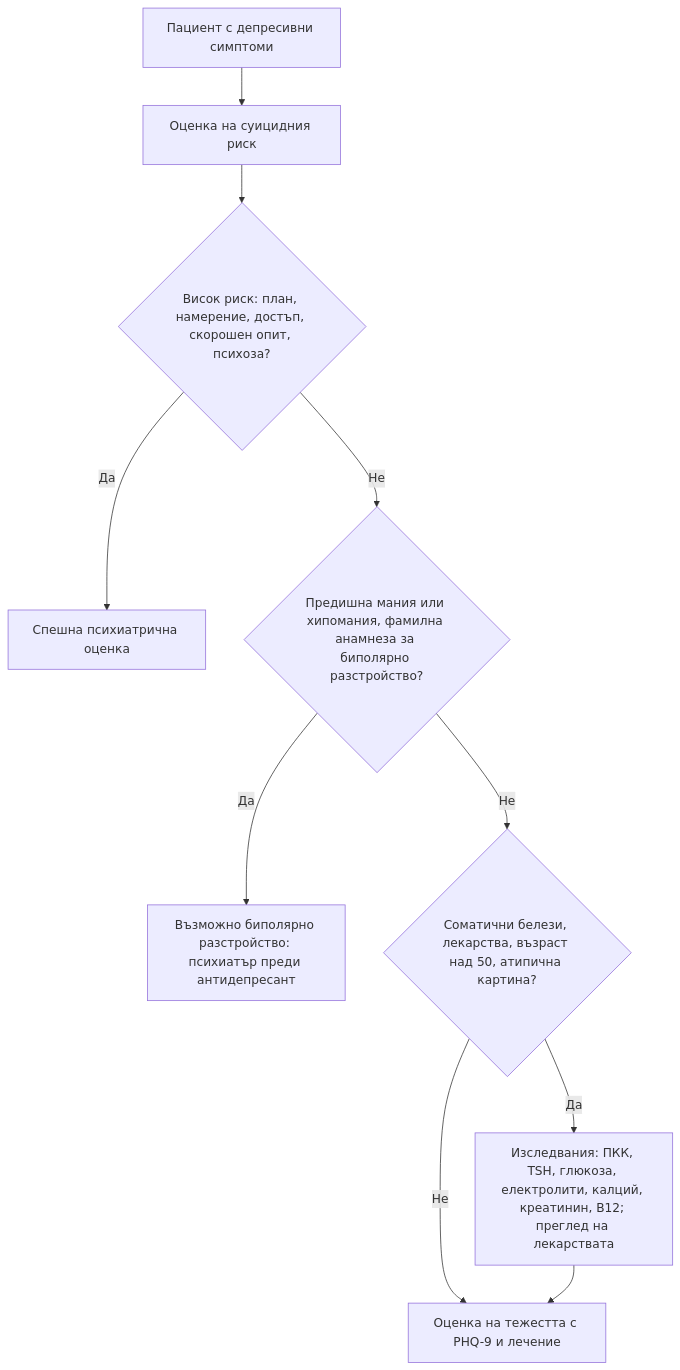
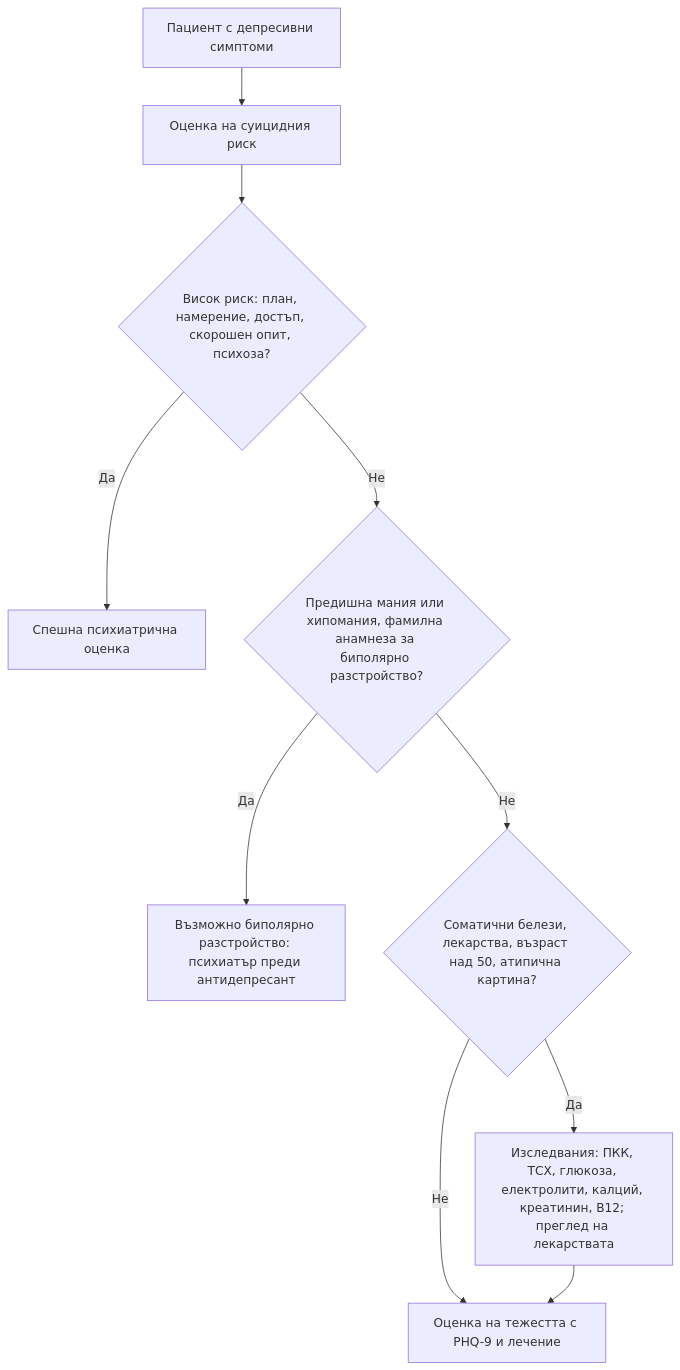
The diagram in glavi/74-depresia-trevozhnost.md (yancho26/yancho), drawn with Mermaid before and after one commit. The commit also changed other lines of this file and 46 other files, not shown here.

````diff
--- a/glavi/74-depresia-trevozhnost.md
+++ b/glavi/74-depresia-trevozhnost.md
@@ -198,12 +198,12 @@
 ```mermaid
 flowchart TD
     A["Пациент с депресивни симптоми"] --> B["Оценка на суицидния риск"]
     B --> C{"Висок риск: план, намерение, достъп, скорошен опит, психоза?"}
     C -->|Да| D["Спешна психиатрична оценка"]
     C -->|Не| E{"Предишна мания или хипомания, фамилна анамнеза за биполярно разстройство?"}
     E -->|Да| F["Възможно биполярно разстройство: психиатър преди антидепресант"]
     E -->|Не| G{"Соматични белези, лекарства, възраст над 50, атипична картина?"}
-    G -->|Да| H["Изследвания: ПКК, TSH, глюкоза, електролити, калций, креатинин, B12; преглед на лекарствата"]
+    G -->|Да| H["Изследвания: ПКК, ТСХ, глюкоза, електролити, калций, креатинин, B12; преглед на лекарствата"]
     G -->|Не| I["Оценка на тежестта с PHQ-9 и лечение"]
     H --> I
 ```
````
